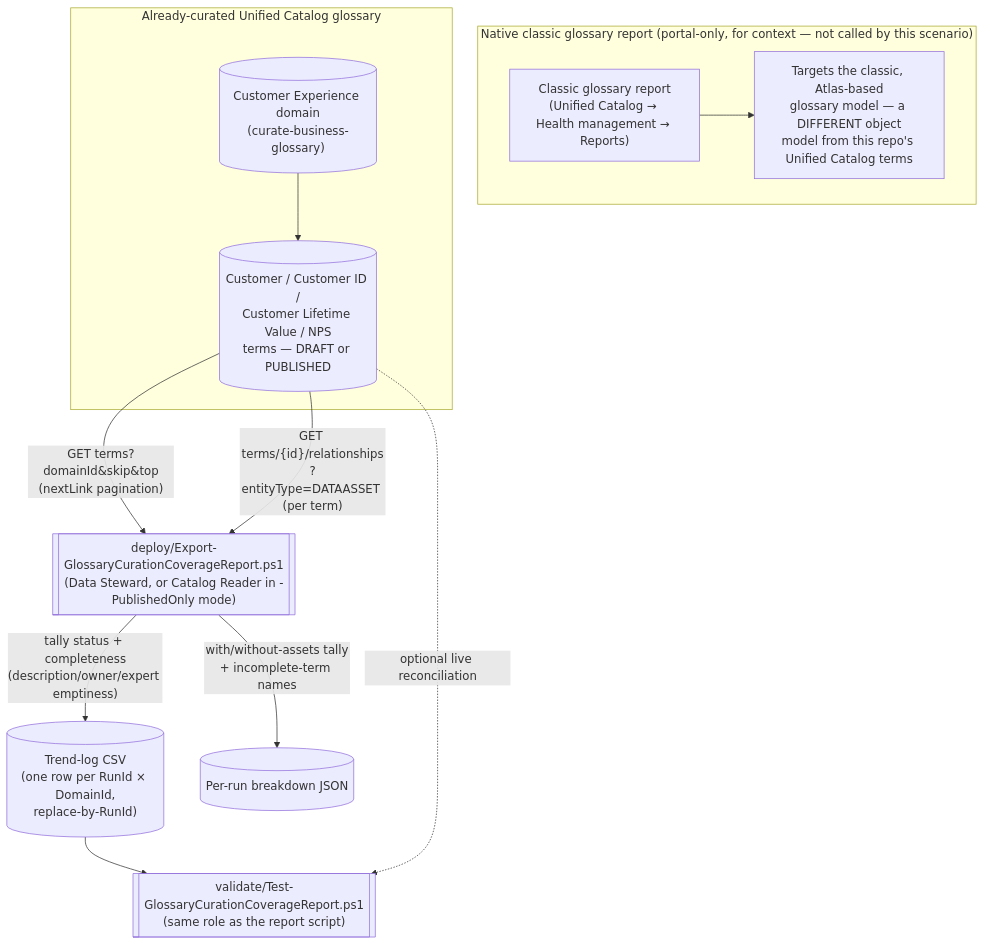
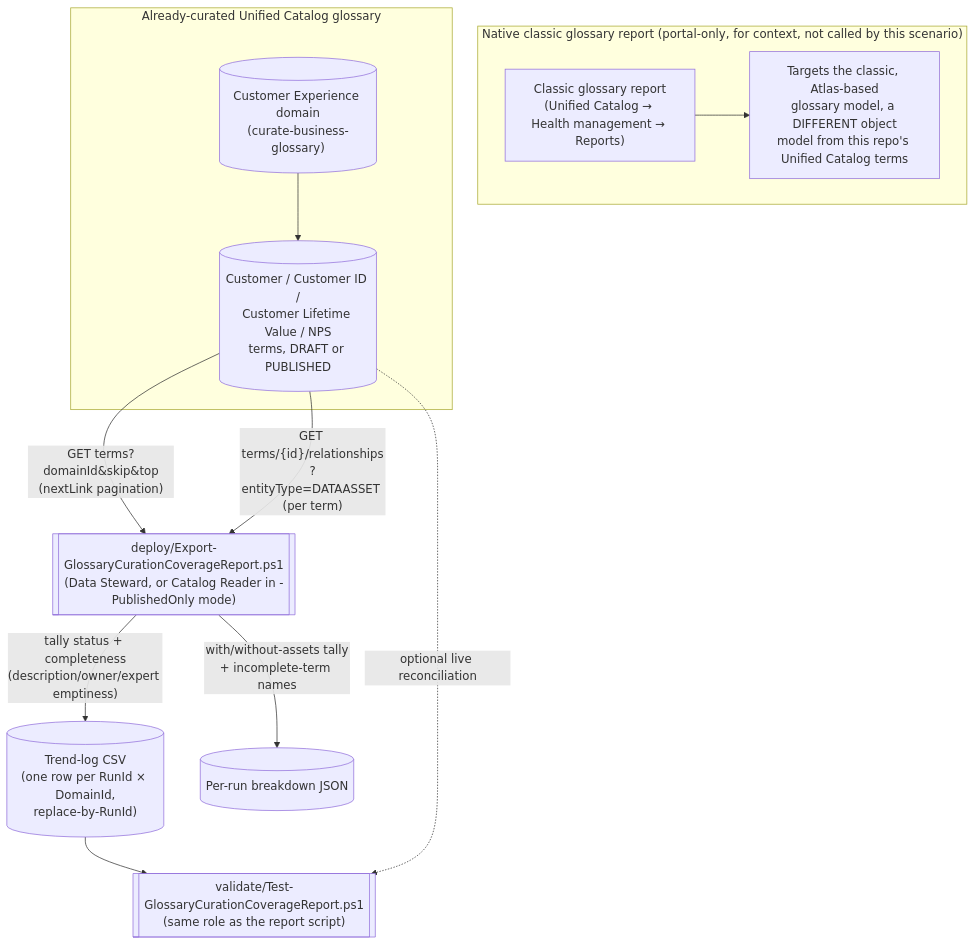
The diagram in src/content/scenarios/data-estate-insights/glossary-curation-coverage-report.md (kpsec1/kpsec1.github.io), drawn with Mermaid before and after one commit. The commit also changed other lines of this file and 433 other files, not shown here.

````diff
--- a/src/content/scenarios/data-estate-insights/glossary-curation-coverage-report.md
+++ b/src/content/scenarios/data-estate-insights/glossary-curation-coverage-report.md
@@ -77,24 +80,24 @@
 ```mermaid
 flowchart TD
-    subgraph Native["Native classic glossary report (portal-only, for context — not called by this scenario)"]
+    subgraph Native["Native classic glossary report (portal-only, for context, not called by this scenario)"]
         Insights["Classic glossary report<br/>(Unified Catalog → Health management → Reports)"]
-        ClassicModel["Targets the classic, Atlas-based<br/>glossary model — a DIFFERENT object<br/>model from this repo's Unified Catalog terms"]
+        ClassicModel["Targets the classic, Atlas-based<br/>glossary model, a DIFFERENT object<br/>model from this repo's Unified Catalog terms"]
         Insights --> ClassicModel
     end
 
     subgraph Curated["Already-curated Unified Catalog glossary"]
         Domain[("Customer Experience domain<br/>(curate-business-glossary)")]
-        Terms[("Customer / Customer ID /<br/>Customer Lifetime Value / NPS<br/>terms — DRAFT or PUBLISHED")]
+        Terms[("Customer / Customer ID /<br/>Customer Lifetime Value / NPS<br/>terms, DRAFT or PUBLISHED")]
         Domain --> Terms
     end
 
     Report[["deploy/Export-GlossaryCurationCoverageReport.ps1<br/>(Data Steward, or Catalog Reader in -PublishedOnly mode)"]]
     Terms -- "GET terms?domainId&skip&top<br/>(nextLink pagination)" --> Report
     Report -- "tally status + completeness<br/>(description/owner/expert emptiness)" --> Trend[("Trend-log CSV<br/>(one row per RunId × DomainId,<br/>replace-by-RunId)")]
     Terms -- "GET terms/{id}/relationships<br/>?entityType=DATAASSET (per term)" --> Report
     Report -- "with/without-assets tally<br/>+ incomplete-term names" --> Breakdown[("Per-run breakdown JSON")]
 
     Validator[["validate/Test-GlossaryCurationCoverageReport.ps1<br/>(same role as the report script)"]]
     Trend --> Validator
     Terms -. "optional live reconciliation" .-> Validator
 ```
````
